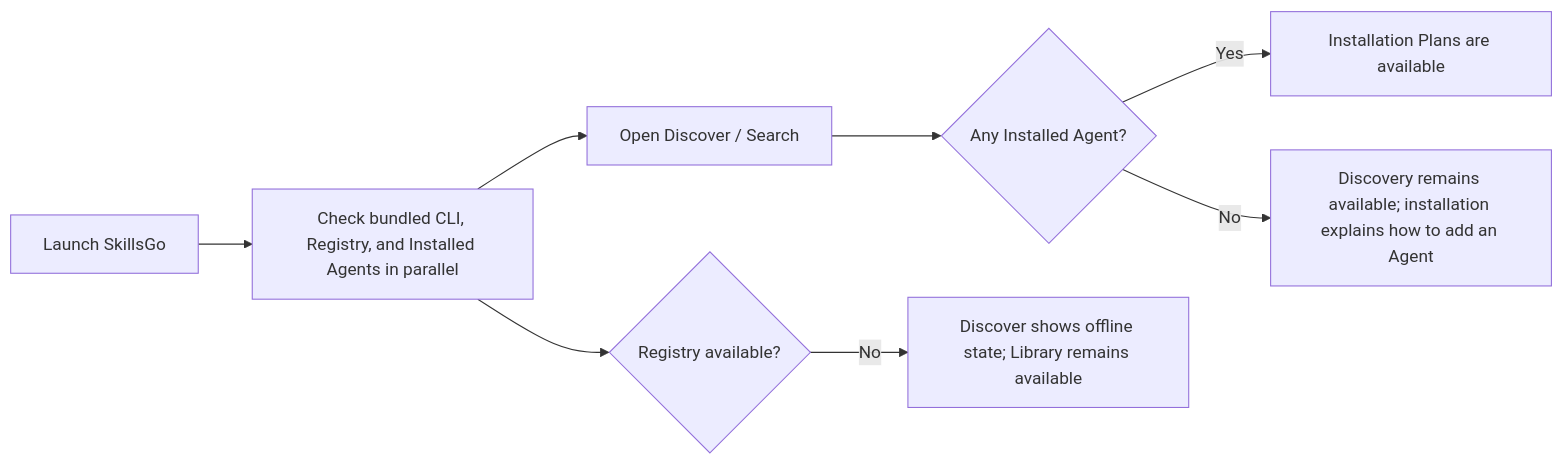
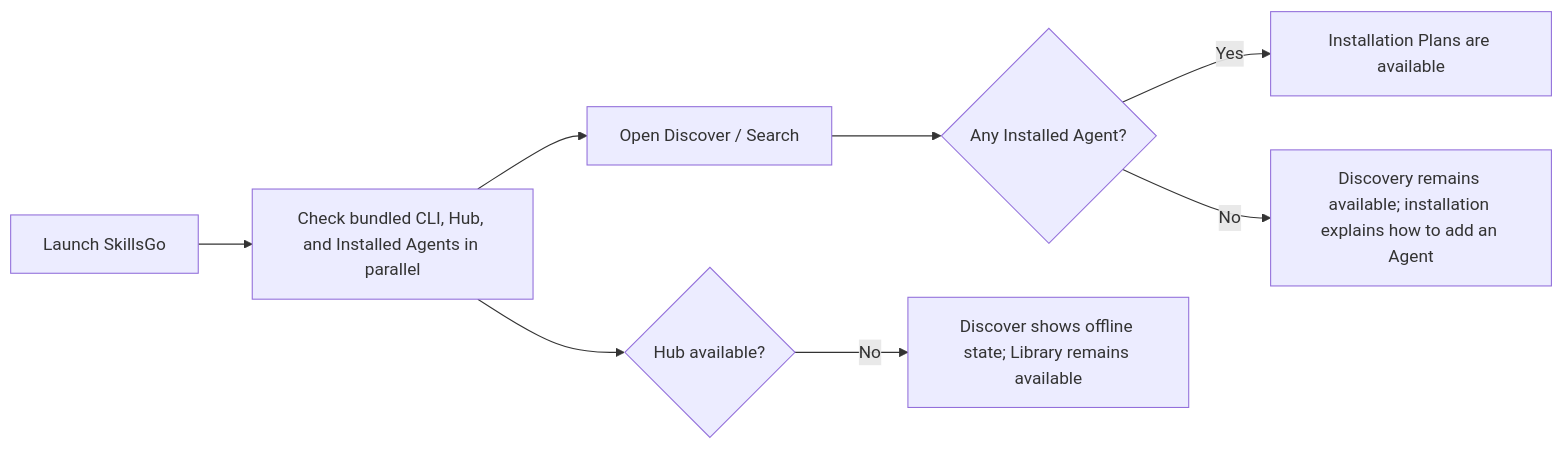
Before and after one commit to skillsgo/skillsgo: the diagram in app/docs/user-routes.md, drawn with Mermaid. The commit also changed other lines of this file and 97 other files, not shown here.

````diff
--- a/app/docs/user-routes.md
+++ b/app/docs/user-routes.md
@@ -81,10 +81,10 @@
 ```mermaid
 flowchart LR
-    A["Launch SkillsGo"] --> B["Check bundled CLI, Registry, and Installed Agents in parallel"]
+    A["Launch SkillsGo"] --> B["Check bundled CLI, Hub, and Installed Agents in parallel"]
     B --> C["Open Discover / Search"]
     C --> D{"Any Installed Agent?"}
     D -->|Yes| E["Installation Plans are available"]
     D -->|No| F["Discovery remains available; installation explains how to add an Agent"]
-    B --> G{"Registry available?"}
+    B --> G{"Hub available?"}
     G -->|No| H["Discover shows offline state; Library remains available"]
 ```
````
